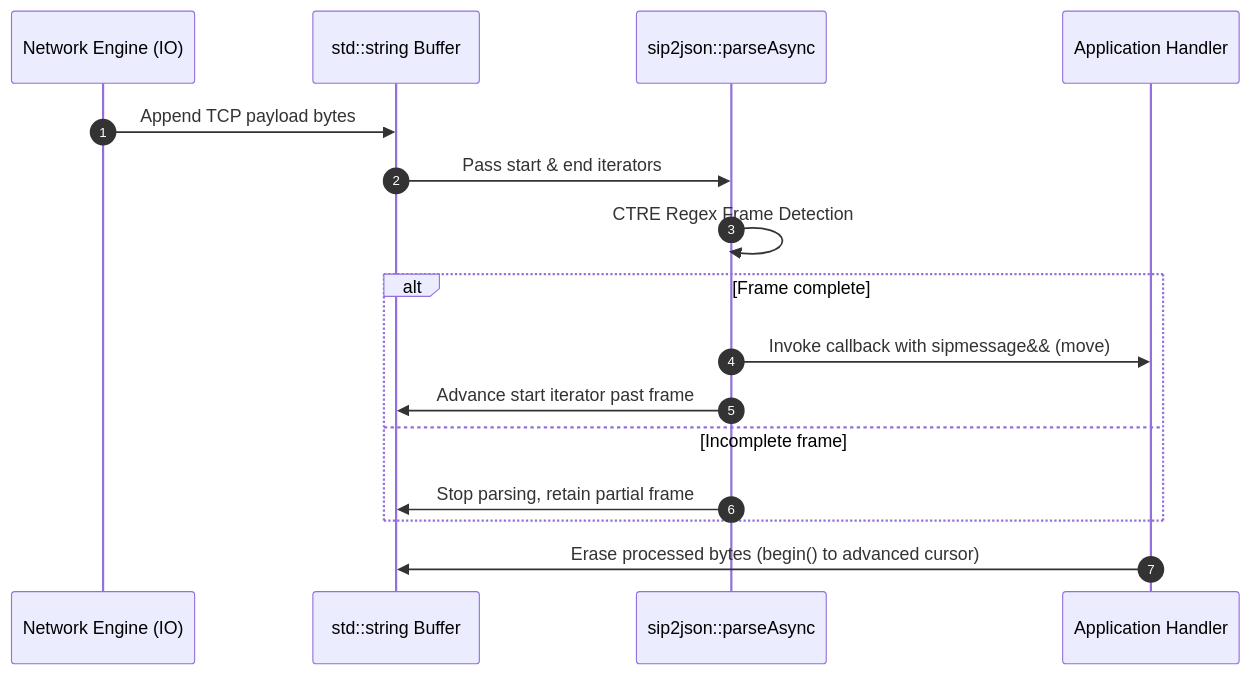
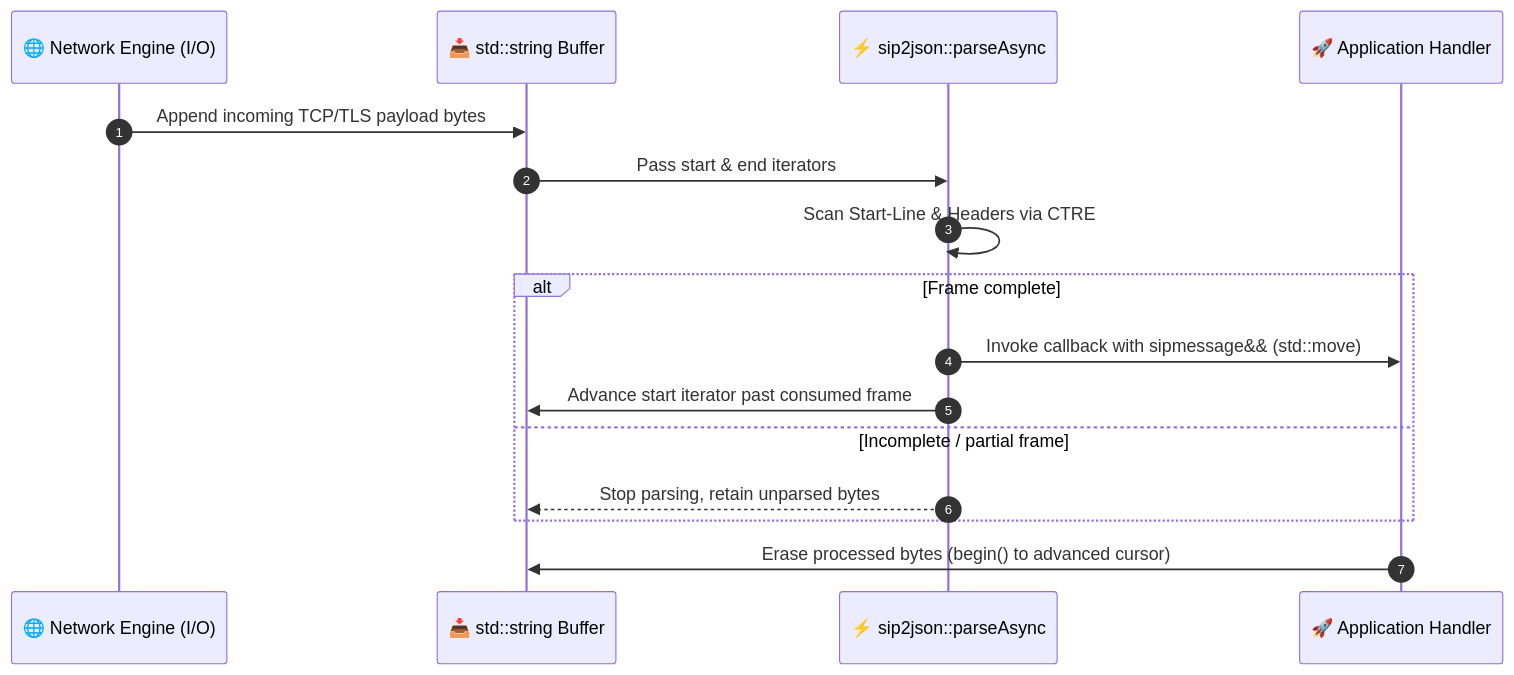
The diagram in docs/architecture/dataflow.md (SiddiqSoft/sip2json), drawn with Mermaid before and after one commit. The commit also changed other lines of this file and 152 other files, not shown here.

````diff
--- a/docs/architecture/dataflow.md
+++ b/docs/architecture/dataflow.md
@@ -9,19 +11,19 @@
 ```mermaid
 sequenceDiagram
     autonumber
-    participant Network as Network Engine (IO)
-    participant Buffer as std::string Buffer
-    participant Parser as sip2json::parseAsync
-    participant App as Application Handler
+    participant Network as 🌐 Network Engine (I/O)
+    participant Buffer as 📥 std::string Buffer
+    participant Parser as ⚡ sip2json::parseAsync
+    participant App as 🚀 Application Handler
 
-    Network->>Buffer: Append TCP payload bytes
+    Network->>Buffer: Append incoming TCP/TLS payload bytes
     Buffer->>Parser: Pass start & end iterators
-    Parser->>Parser: CTRE Regex Frame Detection
+    Parser->>Parser: Scan Start-Line & Headers via CTRE
     alt Frame complete
-        Parser->>App: Invoke callback with sipmessage&& (move)
-        Parser->>Buffer: Advance start iterator past frame
-    else Incomplete frame
-        Parser->>Buffer: Stop parsing, retain partial frame
+        Parser->>App: Invoke callback with sipmessage&& (std::move)
+        Parser->>Buffer: Advance start iterator past consumed frame
+    else Incomplete / partial frame
+        Parser-->>Buffer: Stop parsing, retain unparsed bytes
     end
     App->>Buffer: Erase processed bytes (begin() to advanced cursor)
 ```
````
